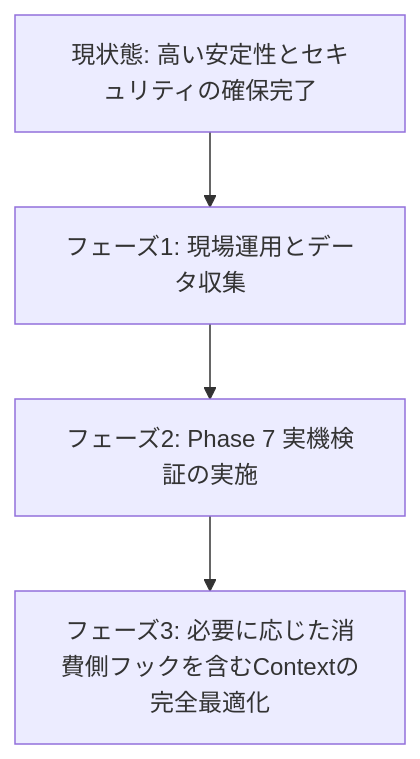
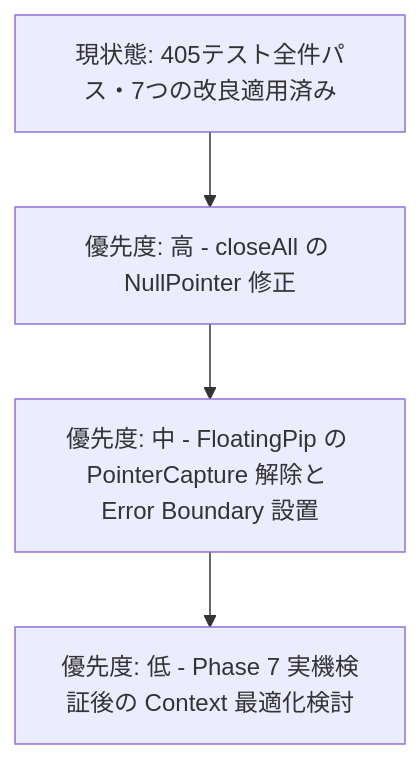
Before and after one commit to O-rengeman/Phone-TC: the diagram in SYSTEM_CODE_REVIEW.md, drawn with Mermaid. The commit also changed other lines of this file, not shown here.

````diff
--- a/SYSTEM_CODE_REVIEW.md
+++ b/SYSTEM_CODE_REVIEW.md
@@ -95,6 +121,6 @@
 ```mermaid
 flowchart TD
-    A[現状態: 高い安定性とセキュリティの確保完了] --> B[フェーズ1: 現場運用とデータ収集]
-    B --> C[フェーズ2: Phase 7 実機検証の実施]
-    C --> D[フェーズ3: 必要に応じた消費側フックを含むContextの完全最適化]
+    A[現状態: 405テスト全件パス・7つの改良適用済み] --> B[優先度: 高 - closeAll の NullPointer 修正]
+    B --> C[優先度: 中 - FloatingPip の PointerCapture 解除と Error Boundary 設置]
+    C --> D[優先度: 低 - Phase 7 実機検証後の Context 最適化検討]
 ```
````
